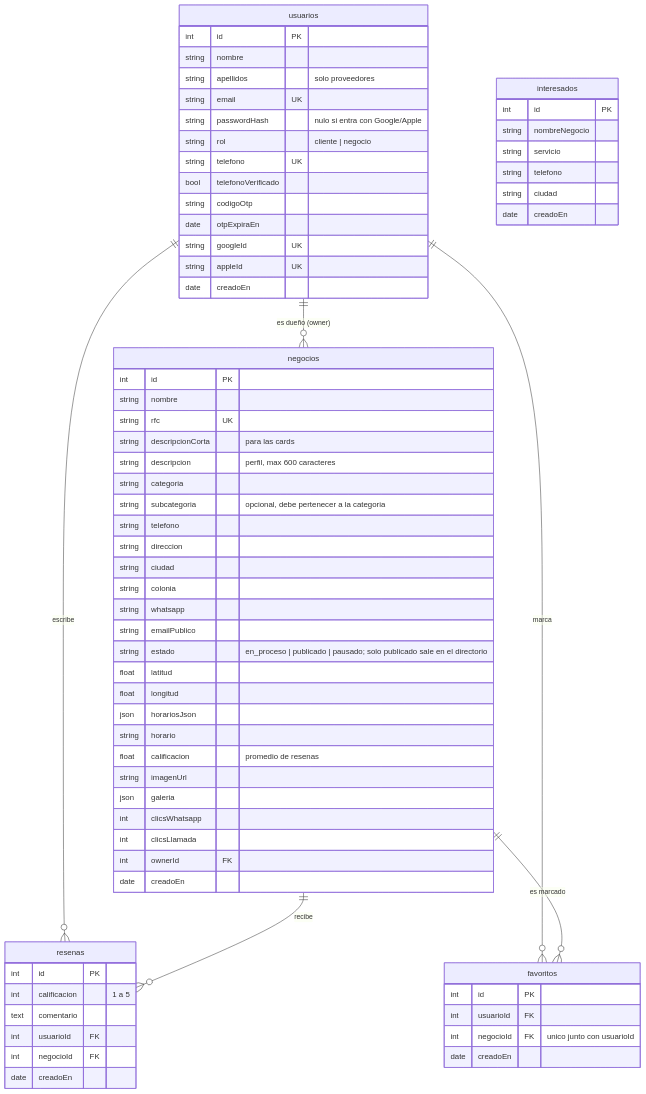
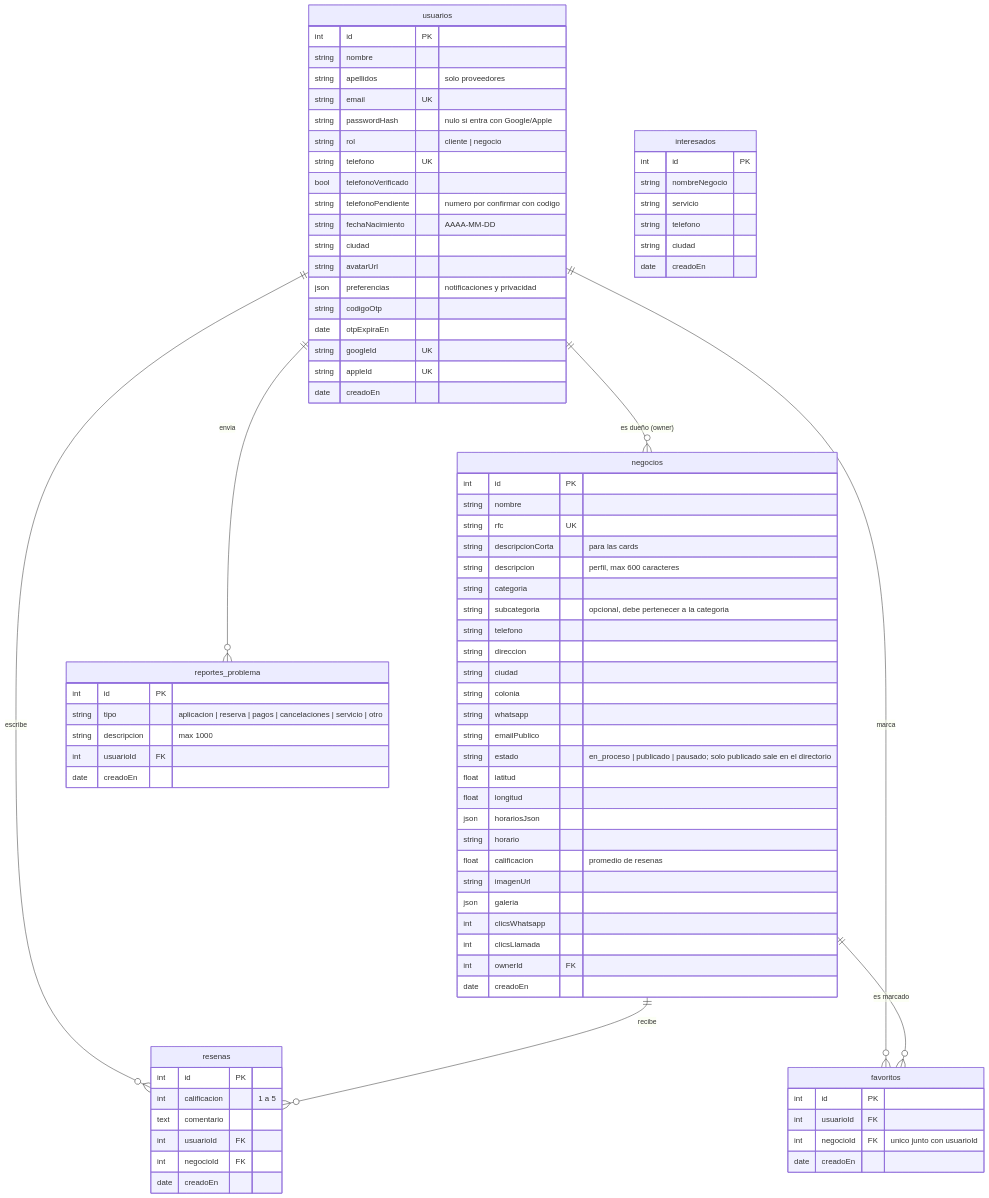
One commit to lonzo260703-design/Divika-APP-PRIME changed the diagram in docs/base-de-datos.md. Above: the diagram before and after it, drawn with Mermaid. The commit also changed 1 other file, not shown here.

Commit message:
Docs: contrato de /cuenta y /soporte/reportes y ER actualizado
Claude-Session: https://claude.ai/code/session_01MYPr4UNnnnrbeZg6BZtKDc

```diff
--- a/docs/base-de-datos.md
+++ b/docs/base-de-datos.md
@@ -8,6 +8,7 @@
   usuarios ||--o{ resenas : escribe
   negocios ||--o{ resenas : recibe
   usuarios ||--o{ favoritos : marca
+  usuarios ||--o{ reportes_problema : envia
   negocios ||--o{ favoritos : "es marcado"
 
   usuarios {
@@ -19,10 +20,22 @@
     string rol "cliente | negocio"
     string telefono UK
     bool telefonoVerificado
+    string telefonoPendiente "numero por confirmar con codigo"
+    string fechaNacimiento "AAAA-MM-DD"
+    string ciudad
+    string avatarUrl
+    json preferencias "notificaciones y privacidad"
     string codigoOtp
     date otpExpiraEn
     string googleId UK
     string appleId UK
+    date creadoEn
+  }
+  reportes_problema {
+    int id PK
+    string tipo "aplicacion | reserva | pagos | cancelaciones | servicio | otro"
+    string descripcion "max 1000"
+    int usuarioId FK
     date creadoEn
   }
   negocios {
```
